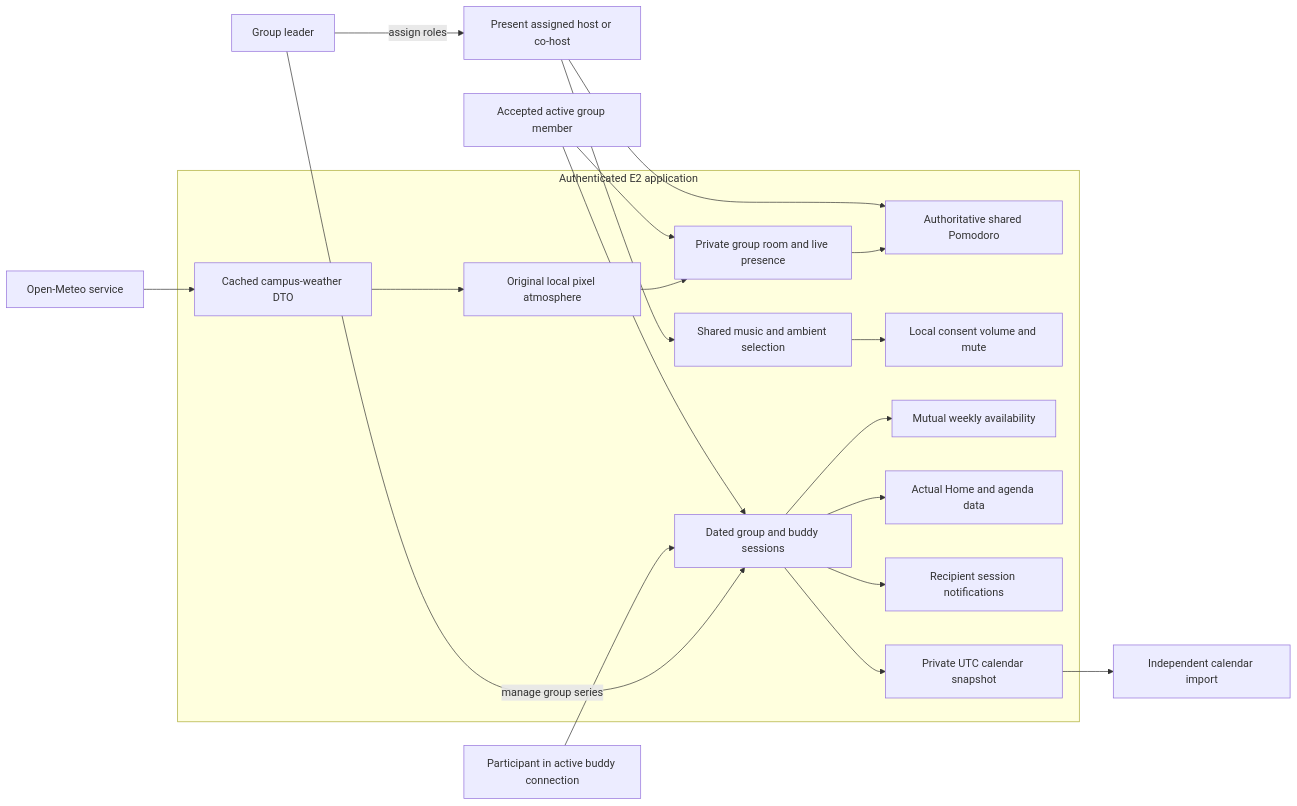
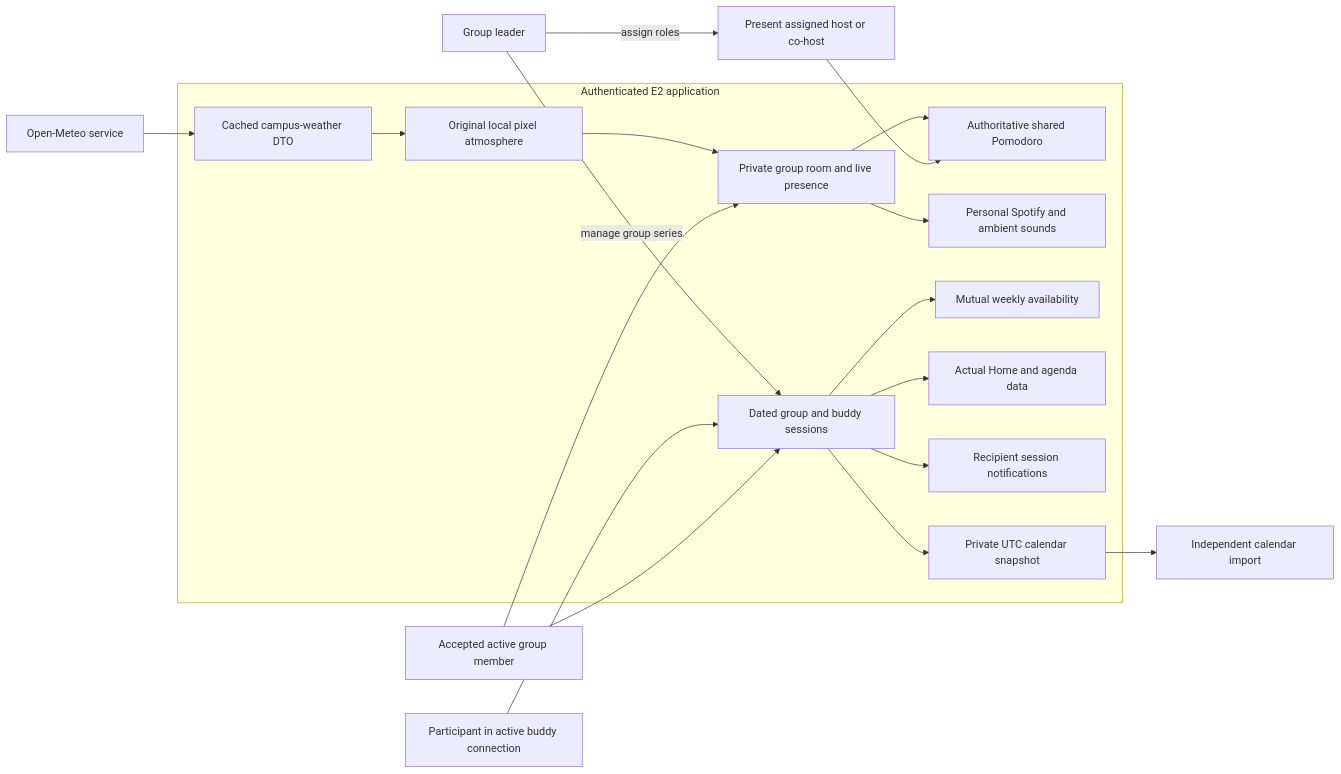
One commit to aryan12singh/study-buddy-matcher changed the third of 7 diagrams in docs/diagrams/PLATFORM.md. Above: the diagram before and after it, drawn with Mermaid. The commit also changed other lines of this file and 16 other files, not shown here.

Commit message:
docs: describe the music tab and the removal of shared room audio

````diff
--- a/docs/diagrams/PLATFORM.md
+++ b/docs/diagrams/PLATFORM.md
@@ -106,37 +106,35 @@
 ```mermaid
 flowchart LR
     Member[Accepted active group member]
     Buddy[Participant in active buddy connection]
     Leader[Group leader]
     Host[Present assigned host or co-host]
     subgraph E2[Authenticated E2 application]
         Room[Private group room and live presence]
         Timer[Authoritative shared Pomodoro]
-        Audio[Shared music and ambient selection]
-        LocalAudio[Local consent volume and mute]
+        Music[Personal Spotify and ambient sounds]
         Sessions[Dated group and buddy sessions]
         Suggestions[Mutual weekly availability]
         Home[Actual Home and agenda data]
         Events[Recipient session notifications]
         Calendar[Private UTC calendar snapshot]
         Weather[Cached campus-weather DTO]
         Theme[Original local pixel atmosphere]
     end
     Member --> Room
     Member --> Sessions
     Buddy --> Sessions
     Leader -->|assign roles| Host
     Leader -->|manage group series| Sessions
     Host --> Timer
-    Host --> Audio
     Room --> Timer
-    Audio --> LocalAudio
+    Room --> Music
     Sessions --> Suggestions
     Sessions --> Home
     Sessions --> Events
     Sessions --> Calendar
     Calendar --> Offline[Independent calendar import]
     OpenMeteo[Open-Meteo service] --> Weather
     Weather --> Theme
     Theme --> Room
 ```
````
